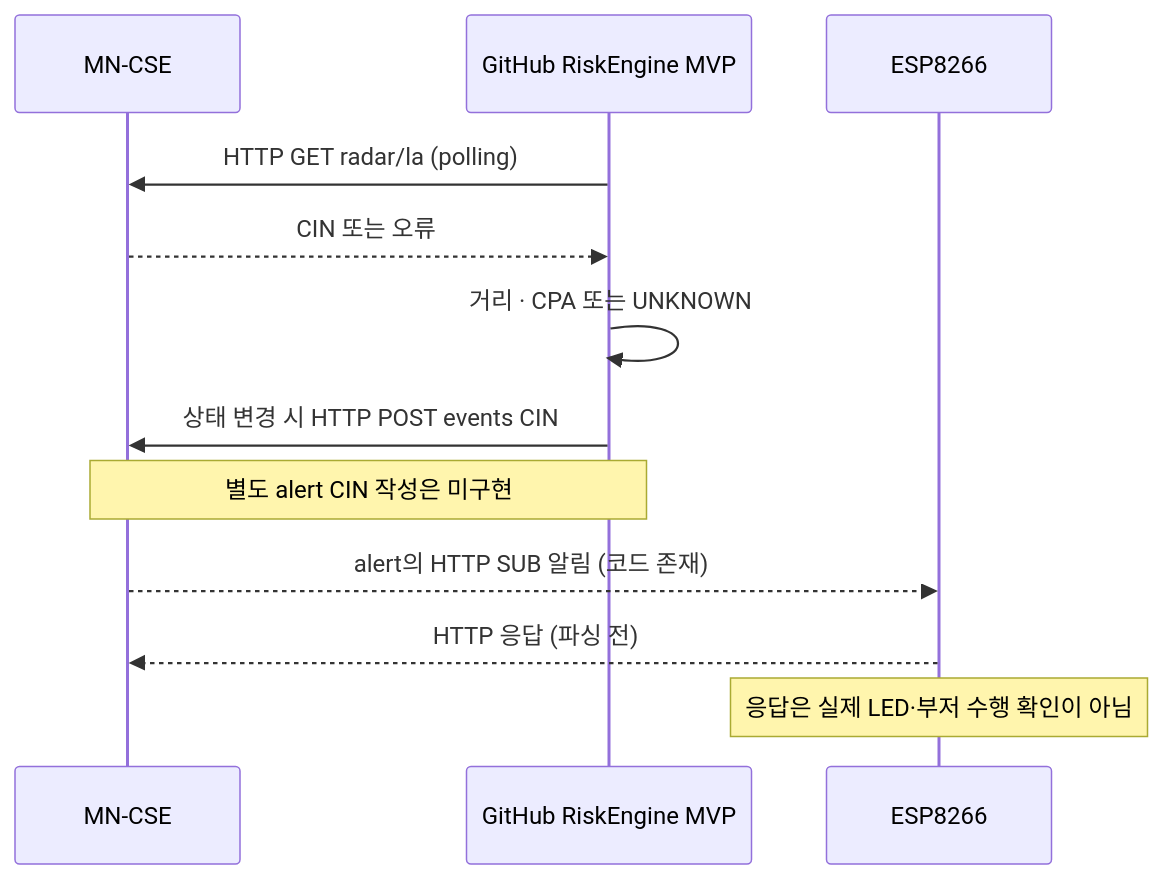
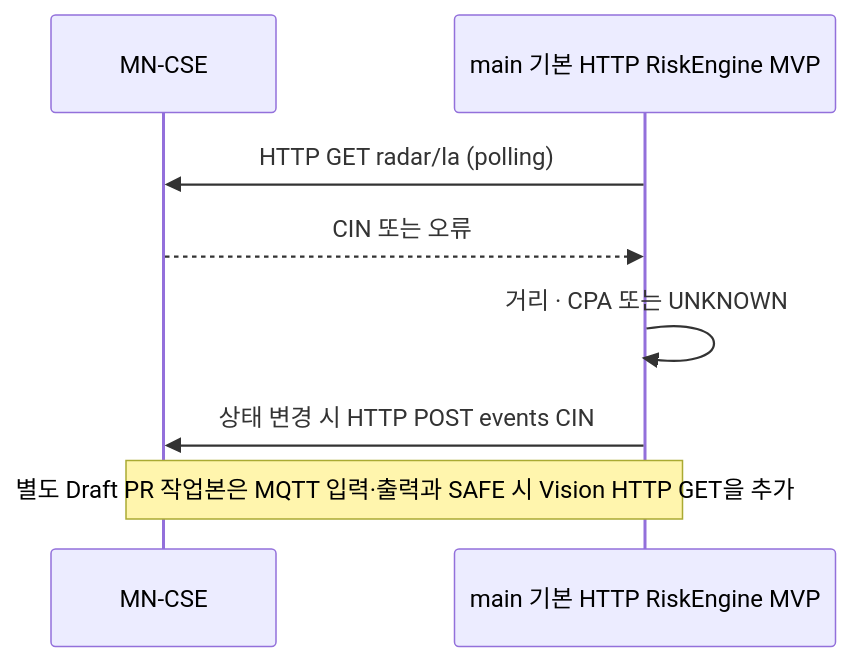
One commit to extra-7ex/Sejong_4IoT_OneM2M changed the fourth of 4 diagrams in docs/architecture.md. Above: the diagram before and after it, drawn with Mermaid. The commit also changed other lines of this file and 7 other files, not shown here.

Commit message:
Add RiskEngine alert and Vision advice flow

````diff
--- a/docs/architecture.md
+++ b/docs/architecture.md
@@ -77,14 +143,10 @@
 ```mermaid
 sequenceDiagram
   participant C as MN-CSE
-  participant R as GitHub RiskEngine MVP
-  participant E as ESP8266
+  participant R as main 기본 HTTP RiskEngine MVP
   R->>C: HTTP GET radar/la (polling)
   C-->>R: CIN 또는 오류
   R->>R: 거리 · CPA 또는 UNKNOWN
   R->>C: 상태 변경 시 HTTP POST events CIN
-  Note over R,C: 별도 alert CIN 작성은 미구현
-  C-->>E: alert의 HTTP SUB 알림 (코드 존재)
-  E-->>C: HTTP 응답 (파싱 전)
-  Note over E: 응답은 실제 LED·부저 수행 확인이 아님
+  Note over R,C: 별도 Draft PR 작업본은 MQTT 입력·출력과 SAFE 시 Vision HTTP GET을 추가
 ```
````
